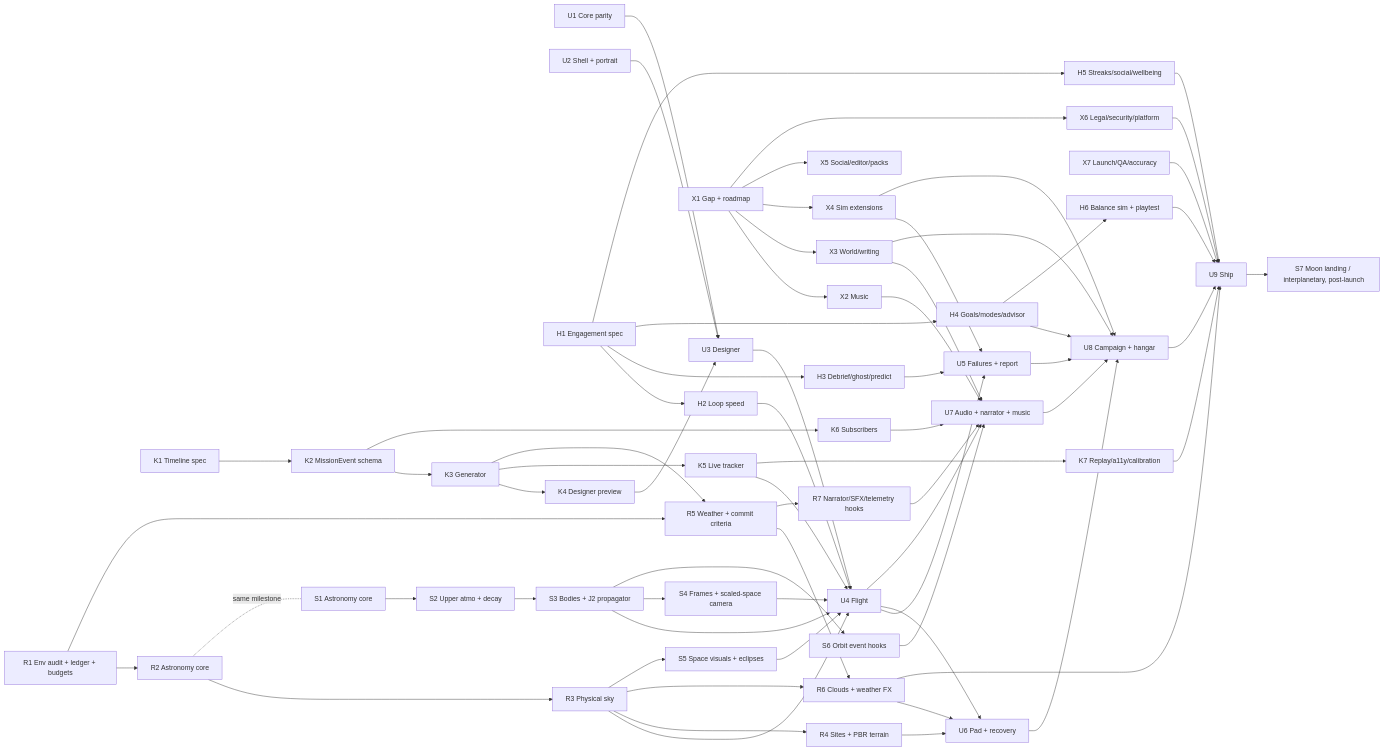
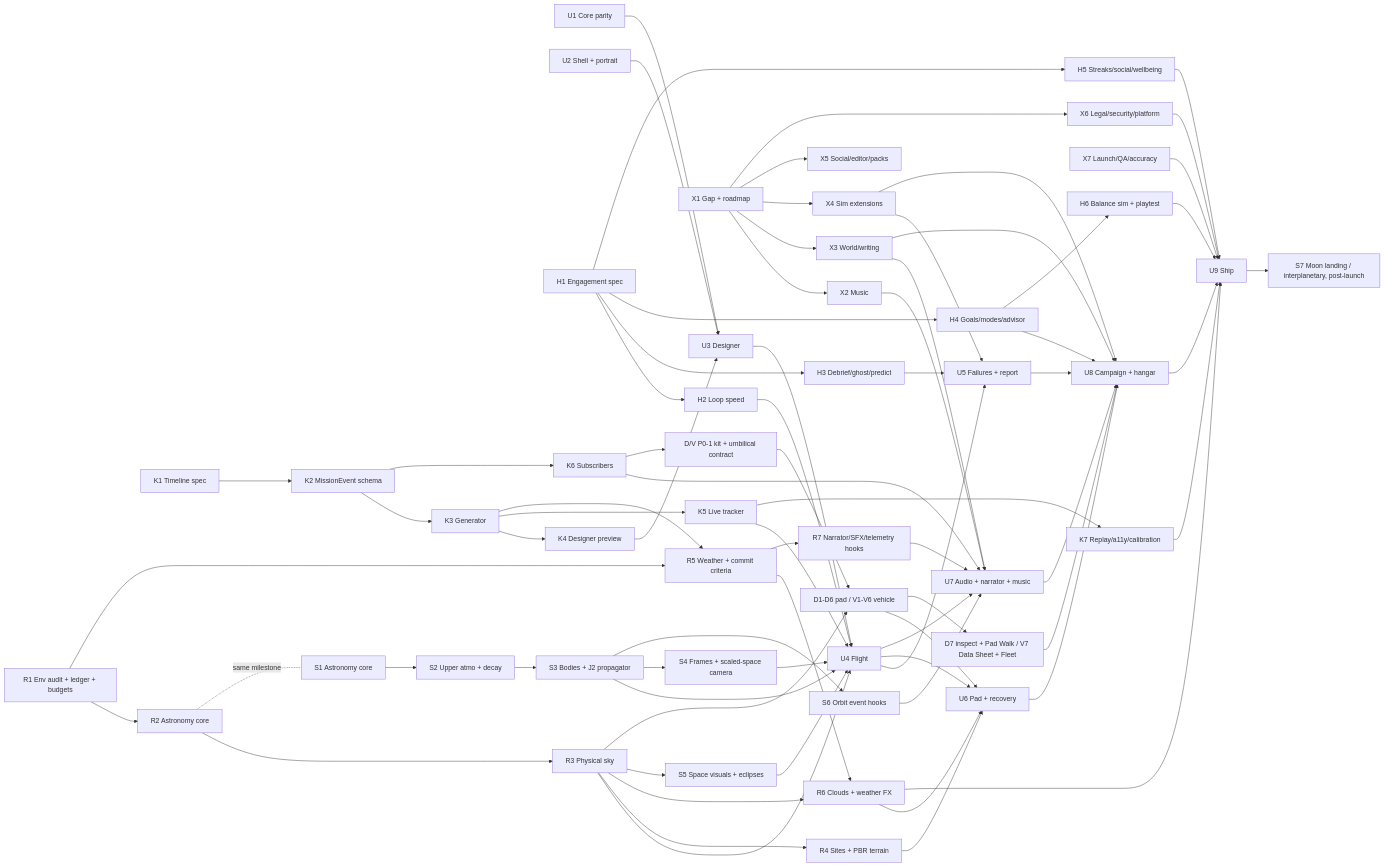
Before and after one commit to becktj90/kestrel-heavy: the diagram in docs/MASTER_ROADMAP.md, drawn with Mermaid. The commit also changed other lines of this file and 3 other files, not shown here.

Commit message:
docs: Pad + Launch Vehicle Detail audit (D1–D7, V1–V7), reference ledger, owners split

````diff
--- a/docs/MASTER_ROADMAP.md
+++ b/docs/MASTER_ROADMAP.md
@@ -6,52 +6,55 @@
 ```mermaid
 graph LR
   U1[U1 Core parity] --> U3[U3 Designer]
   U2[U2 Shell + portrait] --> U3
   U3 --> U4[U4 Flight]
   U4 --> U5[U5 Failures + report]
   U4 --> U6[U6 Pad + recovery]
   U4 --> U7[U7 Audio + narrator + music]
   U5 --> U8[U8 Campaign + hangar]
   U6 --> U8
   U7 --> U8
   U8 --> U9[U9 Ship]
   X1[X1 Gap + roadmap] --> X2[X2 Music]
   X1 --> X3[X3 World/writing]
   X1 --> X4[X4 Sim extensions]
   X2 --> U7
   X3 --> U7
   X3 --> U8
   X4 --> U5
   X4 --> U8
   X1 --> X5[X5 Social/editor/packs]
   X1 --> X6[X6 Legal/security/platform]
   X6 --> U9
   X7[X7 Launch/QA/accuracy] --> U9
   H1[H1 Engagement spec] --> H2[H2 Loop speed]
   H1 --> H3[H3 Debrief/ghost/predict]
   H2 --> U4
   H3 --> U5
   H1 --> H4[H4 Goals/modes/advisor] --> U8
   H1 --> H5[H5 Streaks/social/wellbeing] --> U9
   H4 --> H6[H6 Balance sim + playtest] --> U9
   K1[K1 Timeline spec] --> K2[K2 MissionEvent schema] --> K3[K3 Generator]
   K3 --> K4[K4 Designer preview] --> U3
   K3 --> K5[K5 Live tracker] --> U4
   K2 --> K6[K6 Subscribers] --> U7
   K5 --> K7[K7 Replay/a11y/calibration] --> U9
   R1[R1 Env audit + ledger + budgets] --> R2[R2 Astronomy core]
   R1 --> R5[R5 Weather + commit criteria]
   K3 --> R5
   R2 --> R3[R3 Physical sky] --> U4
   R3 --> R4[R4 Sites + PBR terrain] --> U6
   R5 --> R6[R6 Clouds + weather FX]
   R3 --> R6 --> U6
   R5 --> R7[R7 Narrator/SFX/telemetry hooks] --> U7
   R6 --> U9
   R2 -. same milestone .- S1[S1 Astronomy core]
   S1 --> S2[S2 Upper atmo + decay] --> S3[S3 Bodies + J2 propagator] --> U4
   S3 --> S4[S4 Frames + scaled-space camera] --> U4
   R3 --> S5[S5 Space visuals + eclipses] --> U4
   S3 --> S6[S6 Orbit event hooks] --> U7
   U9 --> S7[S7 Moon landing / interplanetary, post-launch]
+  K6 --> DV1[D/V P0-1 kit + umbilical contract] --> DV2[D1-D6 pad / V1-V6 vehicle] --> U6
+  DV2 --> DV3[D7 inspect + Pad Walk / V7 Data Sheet + Fleet] --> U8
+  R3 --> DV2
 ```
````
